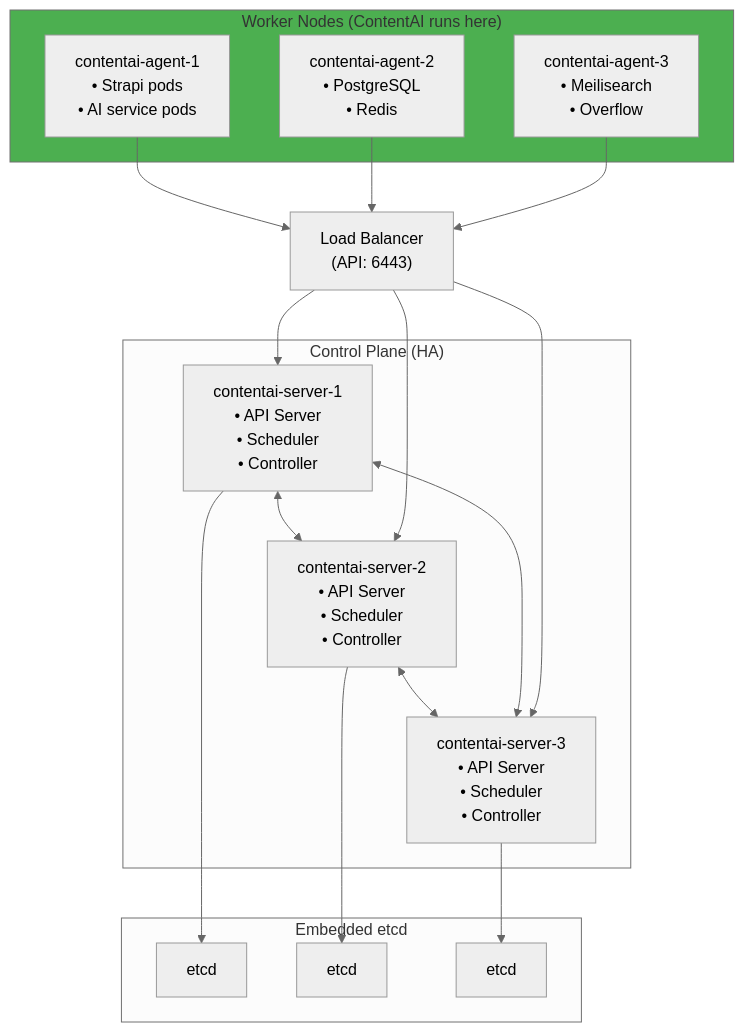
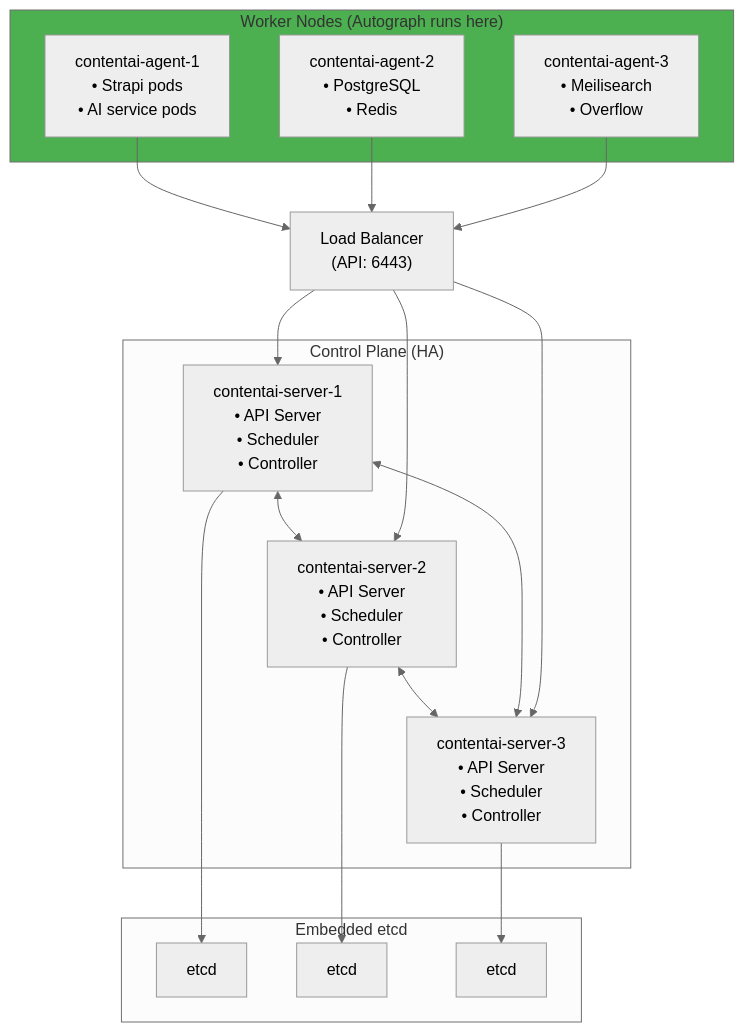
The second of 11 diagrams in DevOps/02-Engineering/04-Container-Orchestration.md (PearlThoughtsInternship/Internship-Obsidian-Vault), drawn with Mermaid (neutral theme) before and after one commit. The commit also changed other lines of this file and 4 other files, not shown here.

First line of the commit message:
rebrand: ContentAI → Autograph in Engineering & Platform docs

````diff
--- a/DevOps/02-Engineering/04-Container-Orchestration.md
+++ b/DevOps/02-Engineering/04-Container-Orchestration.md
@@ -58,39 +58,39 @@
 ```mermaid
 flowchart TB
     subgraph CP["Control Plane (HA)"]
         S1["contentai-server-1\n• API Server\n• Scheduler\n• Controller"]
         S2["contentai-server-2\n• API Server\n• Scheduler\n• Controller"]
         S3["contentai-server-3\n• API Server\n• Scheduler\n• Controller"]
 
         S1 <--> S2 <--> S3
         S1 <--> S3
     end
 
     subgraph Datastore["Embedded etcd"]
         E1["etcd"]
         E2["etcd"]
         E3["etcd"]
     end
 
-    subgraph Workers["Worker Nodes (ContentAI runs here)"]
+    subgraph Workers["Worker Nodes (Autograph runs here)"]
         A1["contentai-agent-1\n• Strapi pods\n• AI service pods"]
         A2["contentai-agent-2\n• PostgreSQL\n• Redis"]
         A3["contentai-agent-3\n• Meilisearch\n• Overflow"]
     end
 
     LB["Load Balancer\n(API: 6443)"]
 
     LB --> S1
     LB --> S2
     LB --> S3
 
     S1 --> E1
     S2 --> E2
     S3 --> E3
 
     A1 --> LB
     A2 --> LB
     A3 --> LB
 
     style Workers fill:#4CAF50
 ```
````
